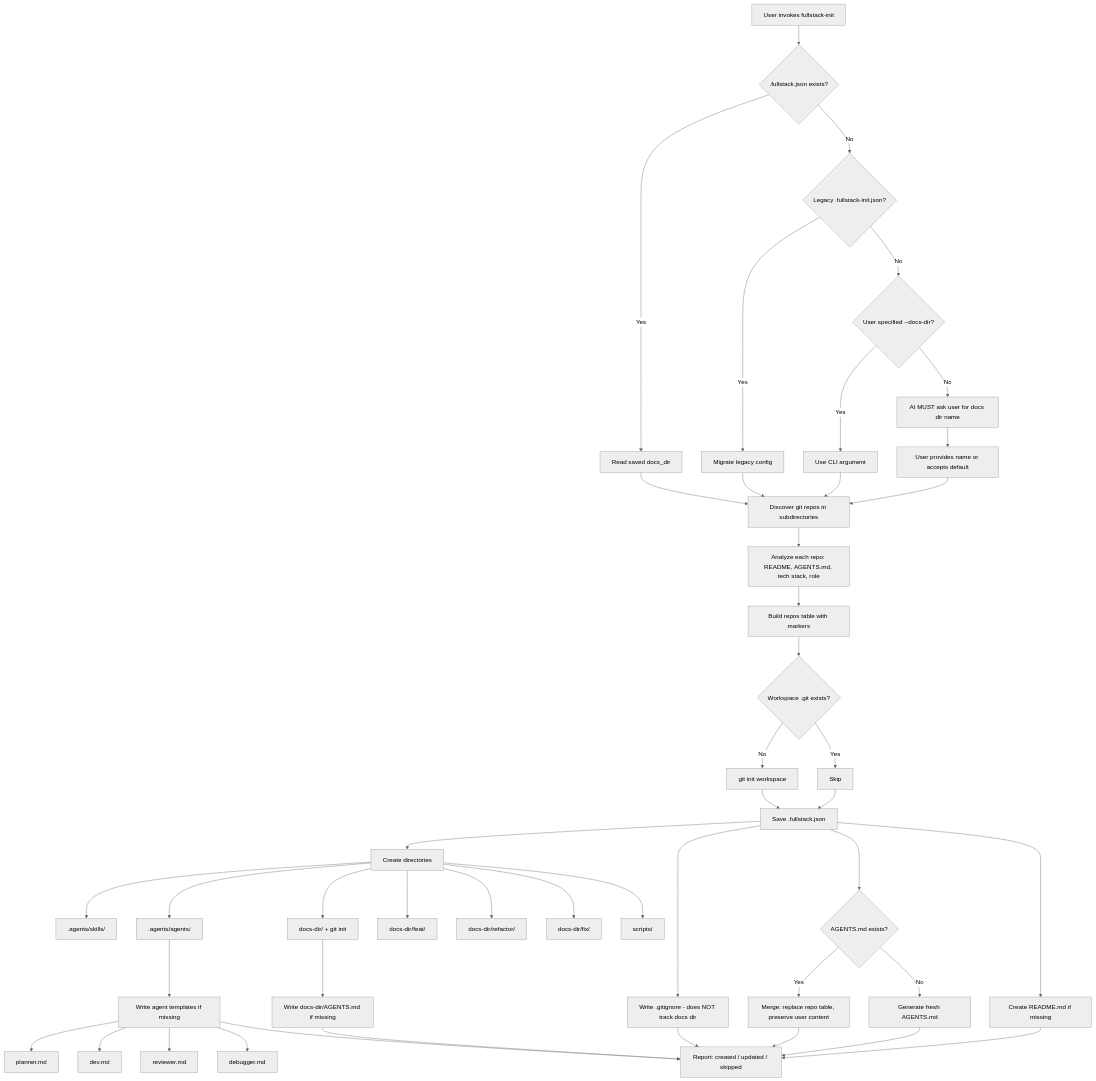
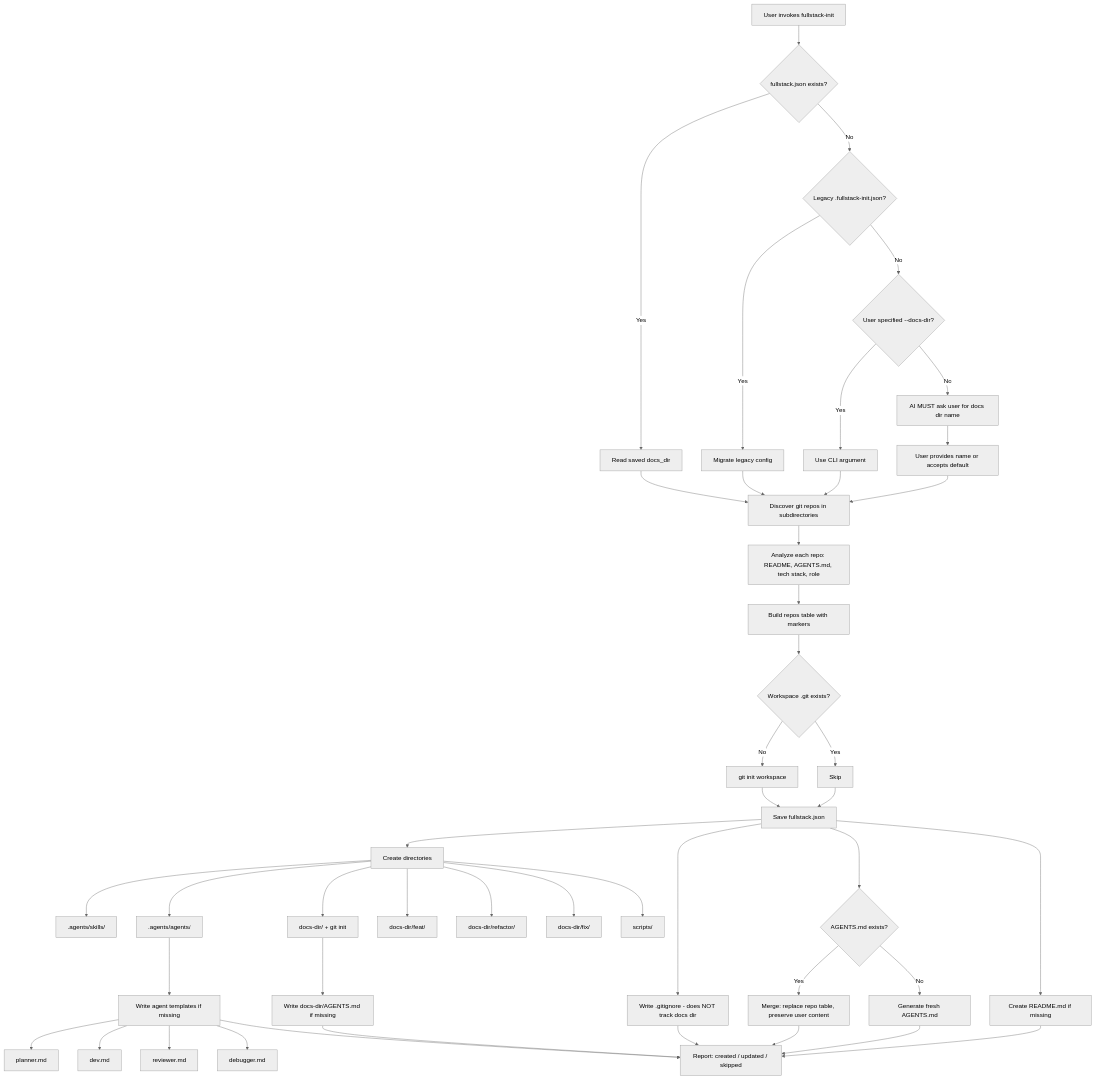
One commit to jie-meng/mythril-agent-skills changed the diagram in docs/fullstack/FULLSTACK-INIT.md. Above: the diagram before and after it, drawn with Mermaid (neutral theme). The commit also changed other lines of this file and 5 other files, not shown here.

Commit message:
[fullstack] Improve fullstack-init and fullstack-impl skills

````diff
--- a/docs/fullstack/FULLSTACK-INIT.md
+++ b/docs/fullstack/FULLSTACK-INIT.md
@@ -29,56 +29,56 @@
 ```mermaid
 flowchart TD
-    A[User invokes fullstack-init] --> B{.fullstack.json exists?}
+    A[User invokes fullstack-init] --> B{fullstack.json exists?}
     B -- Yes --> C[Read saved docs_dir]
     B -- No --> D{Legacy .fullstack-init.json?}
     D -- Yes --> E[Migrate legacy config]
     D -- No --> F{User specified --docs-dir?}
     F -- Yes --> G[Use CLI argument]
     F -- No --> H[AI MUST ask user for docs dir name]
     H --> I[User provides name or accepts default]
 
     C --> J[Discover git repos in subdirectories]
     E --> J
     G --> J
     I --> J
 
     J --> K[Analyze each repo: README, AGENTS.md, tech stack, role]
     K --> L[Build repos table with markers]
 
     L --> M{Workspace .git exists?}
     M -- No --> N[git init workspace]
     M -- Yes --> O[Skip]
 
-    N --> P[Save .fullstack.json]
+    N --> P[Save fullstack.json]
     O --> P
 
     P --> Q[Create directories]
     Q --> Q1[.agents/skills/]
     Q --> Q2[.agents/agents/]
     Q --> Q3["docs-dir/ + git init"]
     Q --> Q4[docs-dir/feat/]
     Q --> Q5[docs-dir/refactor/]
     Q --> Q6[docs-dir/fix/]
     Q --> Q7[scripts/]
 
     Q2 --> R[Write agent templates if missing]
     R --> R1[planner.md]
     R --> R2[dev.md]
     R --> R3[reviewer.md]
     R --> R4[debugger.md]
 
     Q3 --> S[Write docs-dir/AGENTS.md if missing]
 
     P --> T[Write .gitignore - does NOT track docs dir]
     P --> U{AGENTS.md exists?}
     U -- Yes --> V[Merge: replace repo table, preserve user content]
     U -- No --> W[Generate fresh AGENTS.md]
     P --> X[Create README.md if missing]
 
     V --> Y[Report: created / updated / skipped]
     W --> Y
     X --> Y
     R --> Y
     S --> Y
     T --> Y
 ```
````
